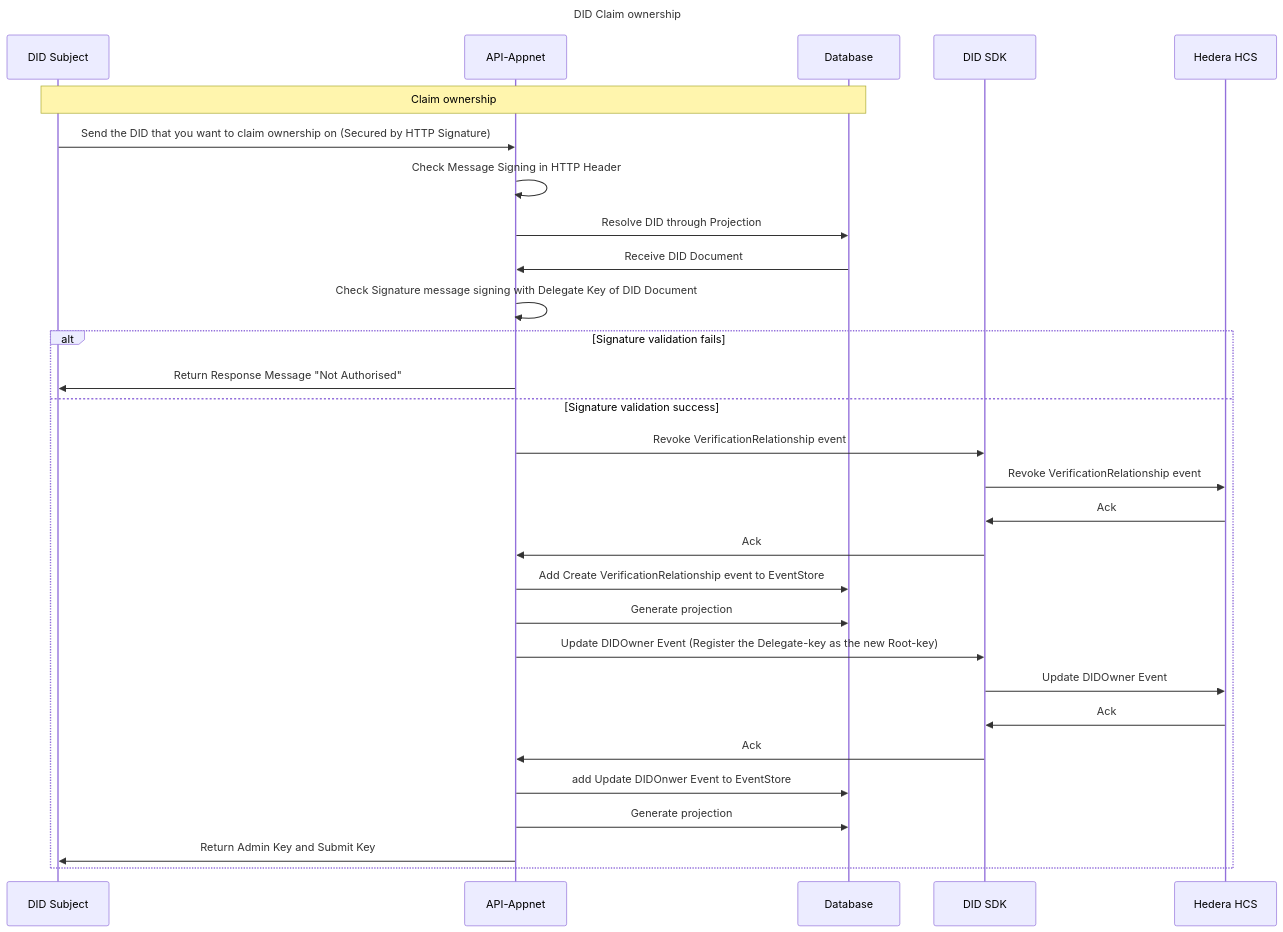
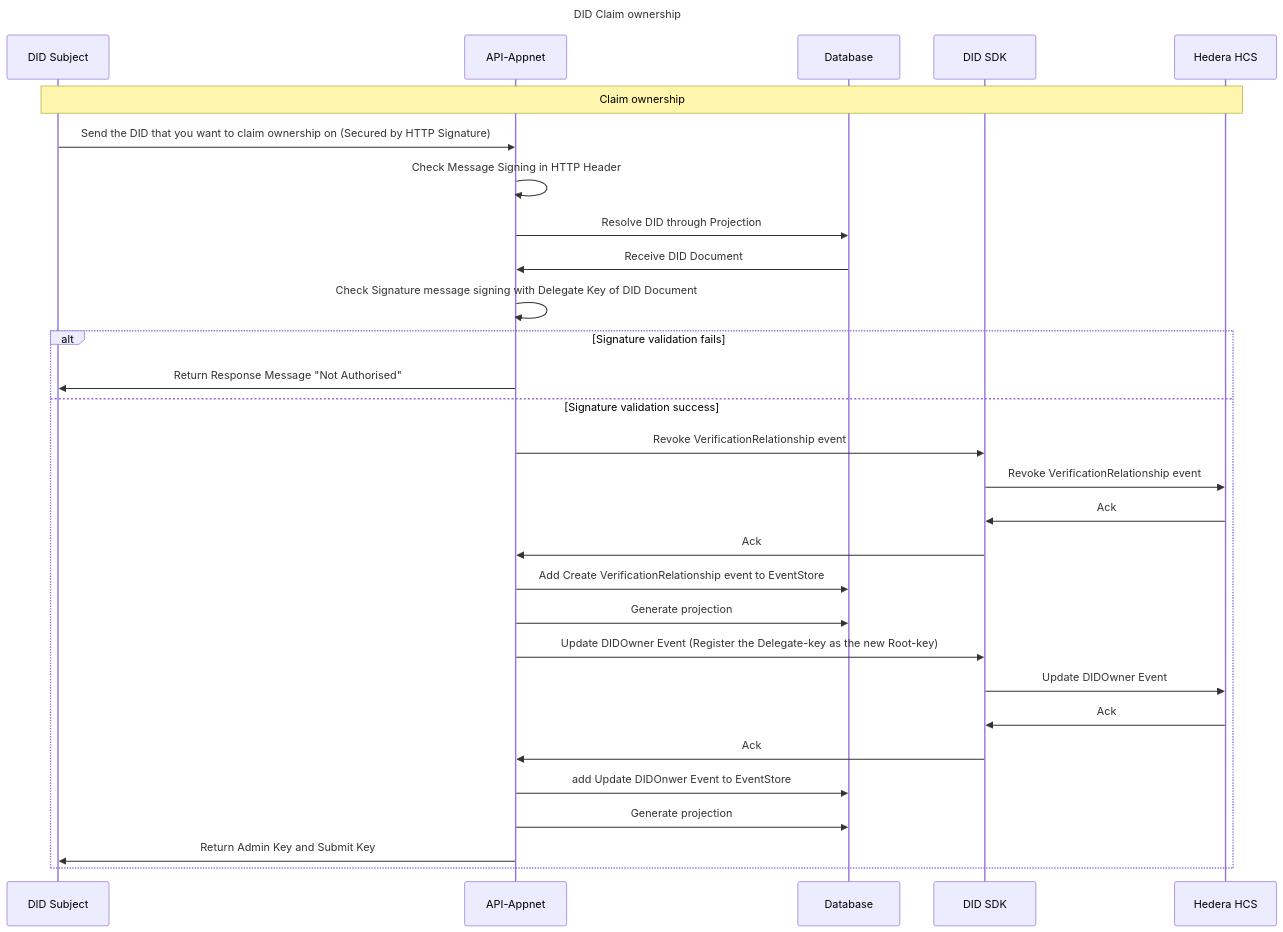
The diagram in documentation/diagrams/did-claim-ownership.mmd (Meeco/hedera-did-identity-network), drawn with Mermaid before and after one commit. The commit also changed 1 other file, not shown here.

Commit message:
style: Fix did-registration.mmd and update did-claim-ownership.mmd.

```diff
--- a/documentation/diagrams/did-claim-ownership.mmd
+++ b/documentation/diagrams/did-claim-ownership.mmd
@@ -1,32 +1,32 @@
 sequenceDiagram
 Title: DID Claim ownership
 
 participant Subject as DID Subject
 participant API as API-Appnet
 participant Database as Database
 participant DIDSDK as DID SDK
 participant HCS as Hedera HCS
 
-note over Subject,Database: Claim ownership
+note over Subject,HCS: Claim ownership
 Subject ->> API: Send the DID that you want to claim ownership on (Secured by HTTP Signature)
 API ->> API: Check Message Signing in HTTP Header
 API ->> Database: Resolve DID through Projection
 Database ->> API: Receive DID Document
 API ->> API: Check Signature message signing with Delegate Key of DID Document
 alt Signature validation fails
 API ->> Subject: Return Response Message "Not Authorised"
 else Signature validation success
 API ->> DIDSDK: Revoke VerificationRelationship event
 DIDSDK ->> HCS: Revoke VerificationRelationship event
 HCS ->> DIDSDK: Ack
 DIDSDK ->> API: Ack
 API ->> Database: Add Create VerificationRelationship event to EventStore
 API ->> Database: Generate projection
 API ->> DIDSDK:  Update DIDOwner Event  (Register the Delegate-key as the new Root-key)
 DIDSDK ->> HCS:  Update DIDOwner Event
 HCS ->> DIDSDK: Ack
 DIDSDK ->> API: Ack
 API ->> Database: add Update DIDOnwer Event  to EventStore
 API ->> Database: Generate projection
 API ->> Subject: Return Admin Key and Submit Key
 end
```
